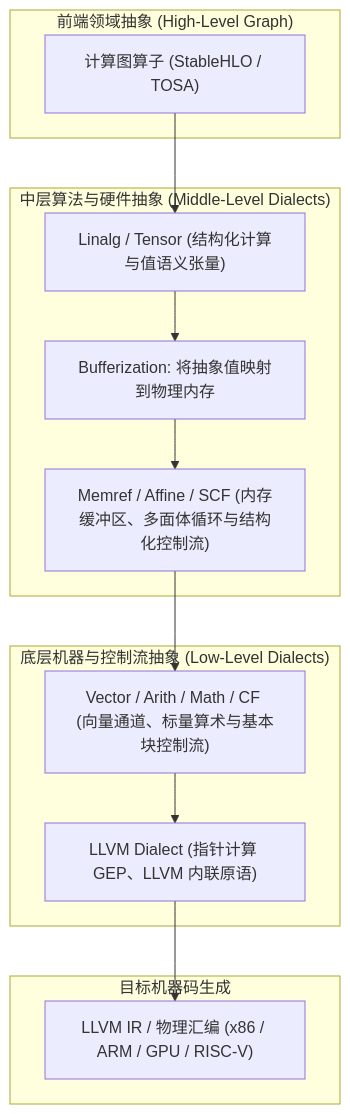
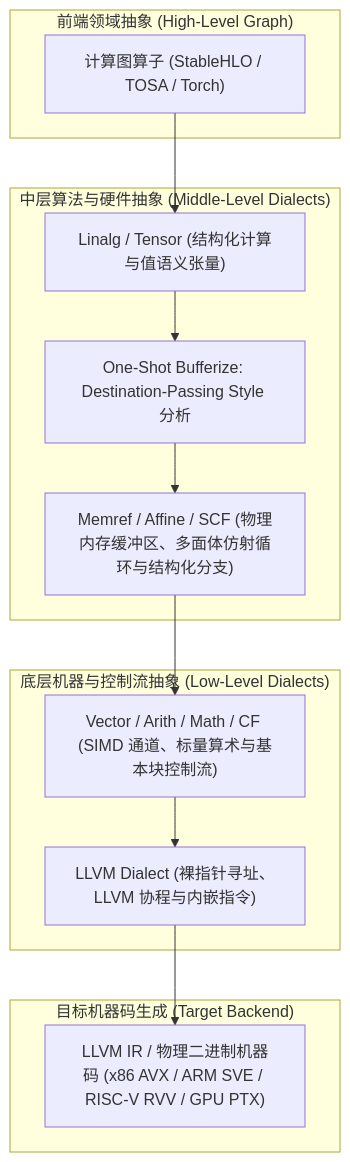
One commit to hqu-little-boy/blog changed the first of 18 diagrams in src/content/posts/mlir-dialect-system-and-conversion-infrastructure-guide.md. Above: the diagram before and after it, drawn with Mermaid. The commit also changed other lines of this file, not shown here.

````diff
--- a/src/content/posts/mlir-dialect-system-and-conversion-infrastructure-guide.md
+++ b/src/content/posts/mlir-dialect-system-and-conversion-infrastructure-guide.md
@@ -57,28 +67,28 @@
 ```mermaid
 flowchart TD
     subgraph Frontend["前端领域抽象 (High-Level Graph)"]
-        A["计算图算子 (StableHLO / TOSA)"]
+        A["计算图算子 (StableHLO / TOSA / Torch)"]
     end
 
     subgraph MidLevel["中层算法与硬件抽象 (Middle-Level Dialects)"]
         B["Linalg / Tensor (结构化计算与值语义张量)"]
-        C["Bufferization: 将抽象值映射到物理内存"]
-        D["Memref / Affine / SCF (内存缓冲区、多面体循环与结构化控制流)"]
+        C["One-Shot Bufferize: Destination-Passing Style 分析"]
+        D["Memref / Affine / SCF (物理内存缓冲区、多面体仿射循环与结构化分支)"]
     end
 
     subgraph LowLevel["底层机器与控制流抽象 (Low-Level Dialects)"]
-        E["Vector / Arith / Math / CF (向量通道、标量算术与基本块控制流)"]
-        F["LLVM Dialect (指针计算 GEP、LLVM 内联原语)"]
+        E["Vector / Arith / Math / CF (SIMD 通道、标量算术与基本块控制流)"]
+        F["LLVM Dialect (裸指针寻址、LLVM 协程与内嵌指令)"]
     end
 
-    subgraph Backend["目标机器码生成"]
-        G["LLVM IR / 物理汇编 (x86 / ARM / GPU / RISC-V)"]
+    subgraph Backend["目标机器码生成 (Target Backend)"]
+        G["LLVM IR / 物理二进制机器码 (x86 AVX / ARM SVE / RISC-V RVV / GPU PTX)"]
     end
 
     A --> B
     B --> C
     C --> D
     D --> E
     E --> F
     F --> G
 ```
````
